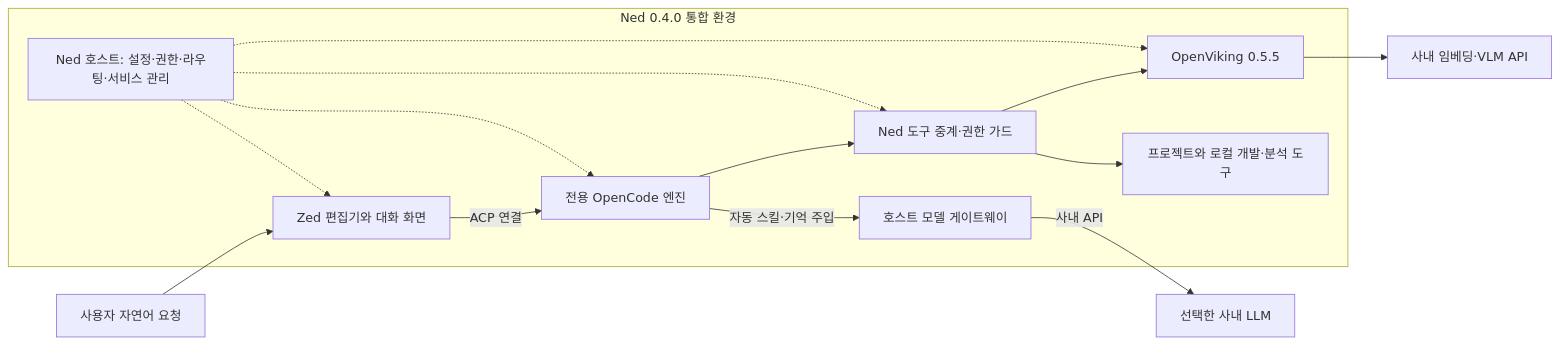
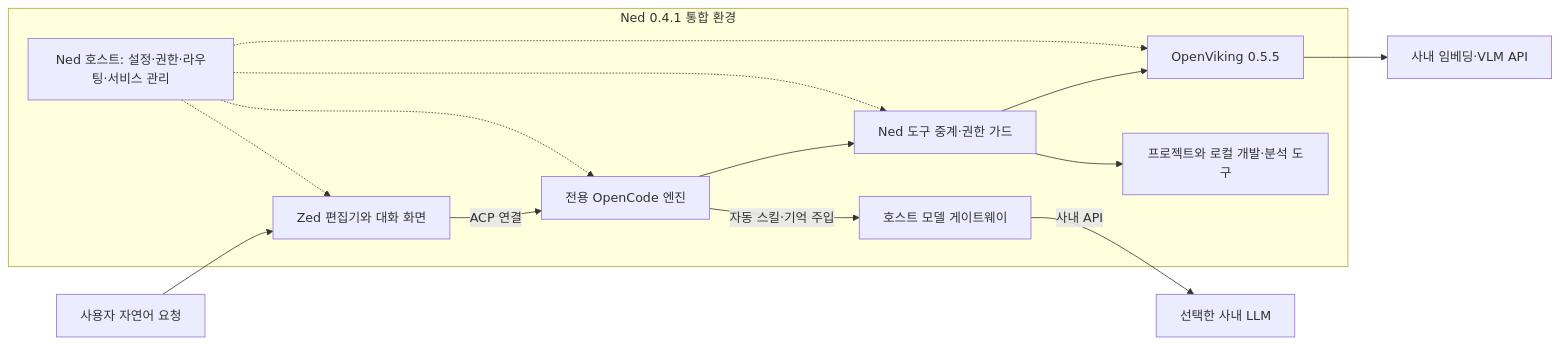
One commit to SungKyu-Kim39/AgentHarness changed the diagram in docs/ned-vs-zed.md. Above: the diagram before and after it, drawn with Mermaid. The commit also changed other lines of this file and 14 other files, not shown here.

````diff
--- a/docs/ned-vs-zed.md
+++ b/docs/ned-vs-zed.md
@@ -36,17 +36,17 @@
 ```mermaid
 flowchart LR
     User[사용자 자연어 요청] --> Zed[Zed 편집기와 대화 화면]
-    subgraph Ned[Ned 0.4.0 통합 환경]
+    subgraph Ned[Ned 0.4.1 통합 환경]
         Zed -->|ACP 연결| Engine[전용 OpenCode 엔진]
         Engine -->|자동 스킬·기억 주입| Gateway[호스트 모델 게이트웨이]
         Engine --> Tools[Ned 도구 중계·권한 가드]
         Tools --> Local[프로젝트와 로컬 개발·분석 도구]
         Tools --> Knowledge[OpenViking 0.5.5]
         Host[Ned 호스트: 설정·권한·라우팅·서비스 관리] -.-> Zed
         Host -.-> Engine
         Host -.-> Tools
         Host -.-> Knowledge
     end
     Gateway -->|사내 API| LLM[선택한 사내 LLM]
     Knowledge --> Embedding[사내 임베딩·VLM API]
 ```
````
